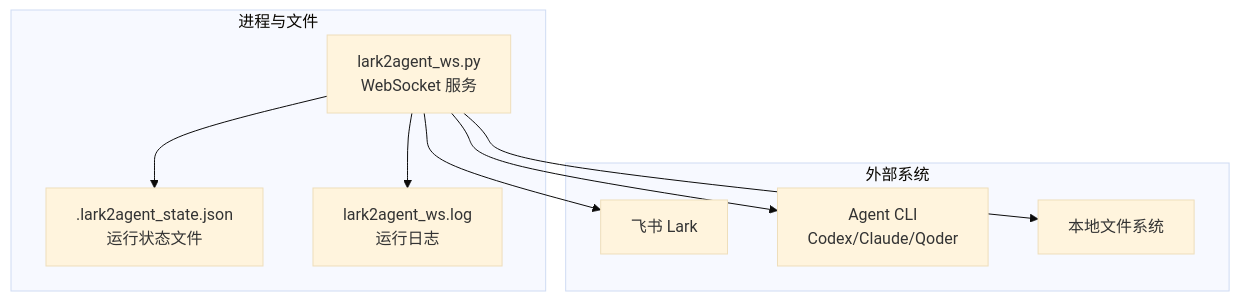
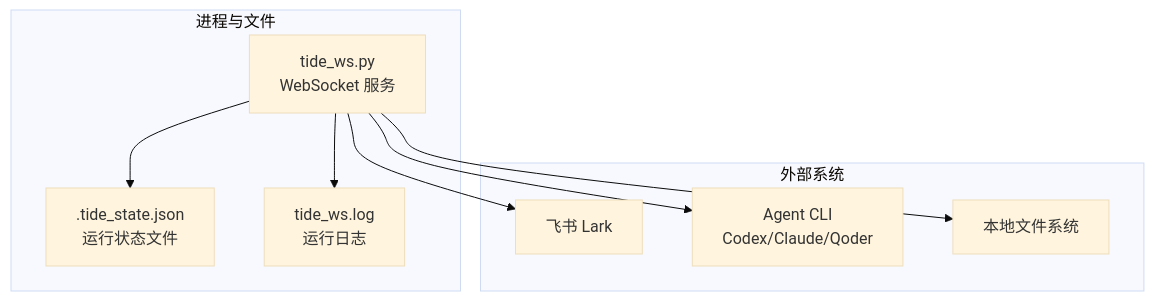
The first of 4 diagrams in .qoder/repowiki/zh/content/部署和运维/监控和维护.md (winditer/tide), drawn with Mermaid (base theme) before and after one commit. The commit also changed other lines of this file and 260 other files, not shown here.

````diff
--- a/.qoder/repowiki/zh/content/部署和运维/监控和维护.md
+++ b/.qoder/repowiki/zh/content/部署和运维/监控和维护.md
@@ -30,18 +30,18 @@
 ```mermaid
 graph TB
 subgraph "进程与文件"
-WS["lark2agent_ws.py<br/>WebSocket 服务"]
-STATE[".lark2agent_state.json<br/>运行状态文件"]
-LOG["lark2agent_ws.log<br/>运行日志"]
+WS["tide_ws.py<br/>WebSocket 服务"]
+STATE[".tide_state.json<br/>运行状态文件"]
+LOG["tide_ws.log<br/>运行日志"]
 end
 subgraph "外部系统"
 LARK["飞书 Lark"]
 AGENTS["Agent CLI<br/>Codex/Claude/Qoder"]
 FS["本地文件系统"]
 end
 WS --> LARK
 WS --> AGENTS
 WS --> STATE
 WS --> LOG
 WS --> FS
 ```
````
